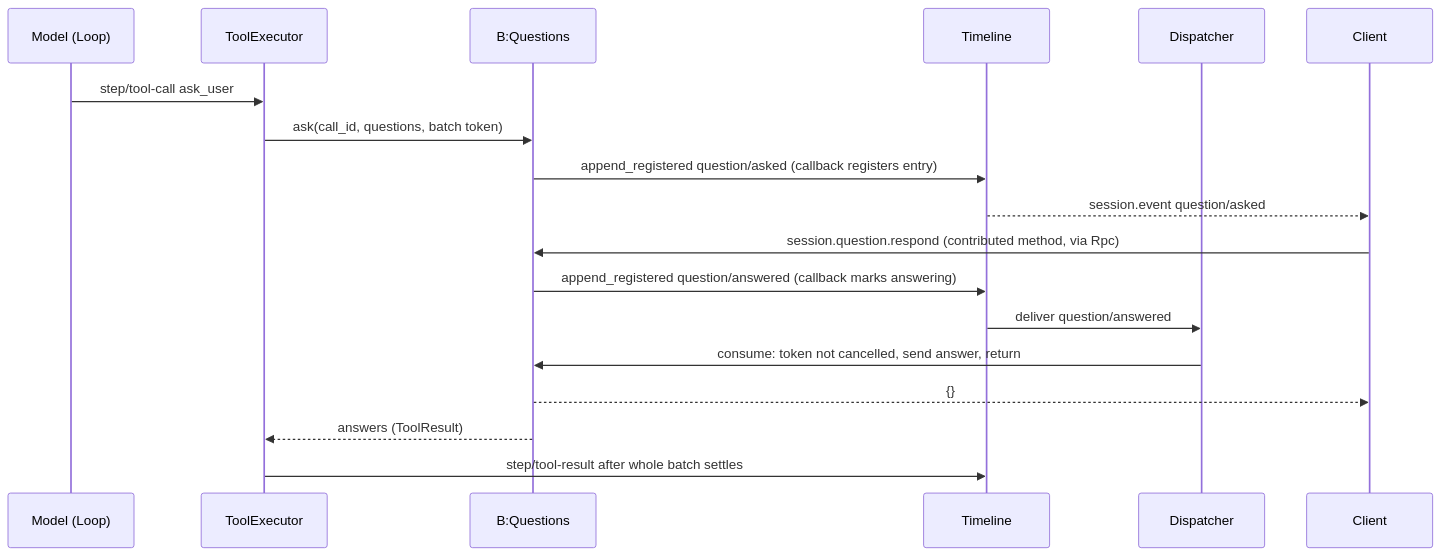
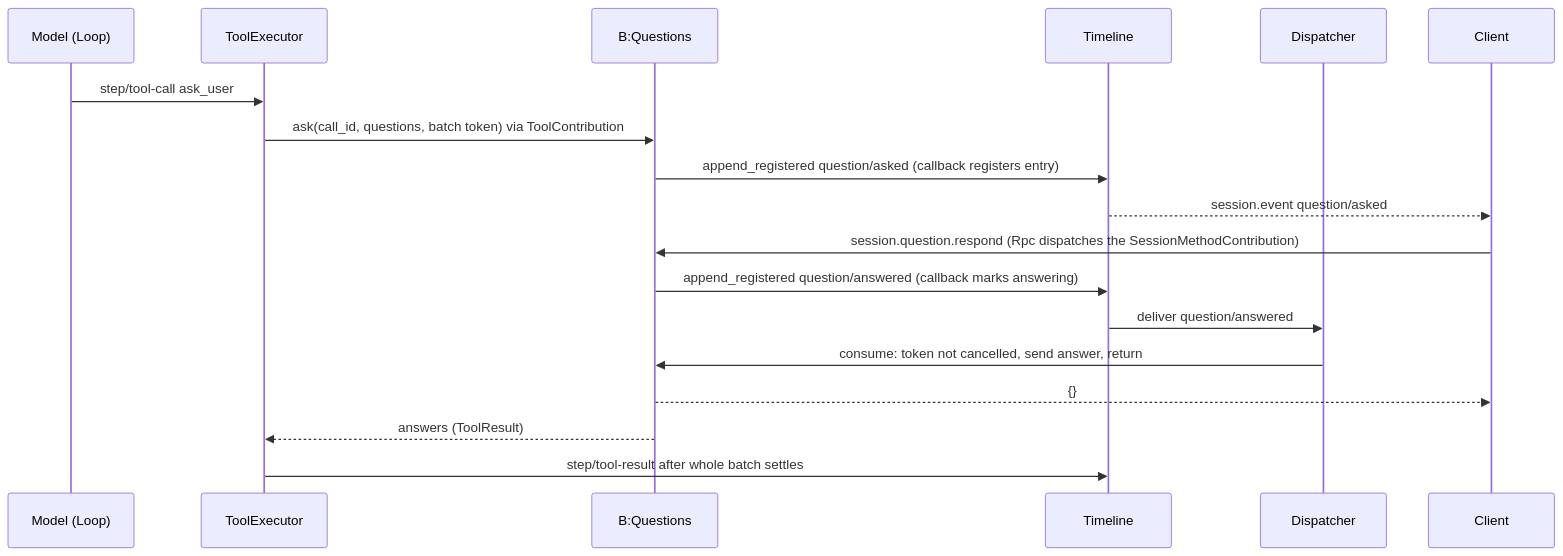
Before and after one commit to CoutinhoTTS/dim-agent: the third of 6 diagrams in docs/design/plugins/Questions.md, drawn with Mermaid. The commit also changed other lines of this file and 3 other files, not shown here.

````diff
--- a/docs/design/plugins/Questions.md
+++ b/docs/design/plugins/Questions.md
@@ -91,20 +90,20 @@
 ```mermaid
 sequenceDiagram
   participant M as Model (Loop)
   participant TE as ToolExecutor
   participant Q as B:Questions
   participant TL as Timeline
   participant D as Dispatcher
   participant C as Client
   M->>TE: step/tool-call ask_user
-  TE->>Q: ask(call_id, questions, batch token)
+  TE->>Q: ask(call_id, questions, batch token) via ToolContribution
   Q->>TL: append_registered question/asked (callback registers entry)
   TL-->>C: session.event question/asked
-  C->>Q: session.question.respond (contributed method, via Rpc)
+  C->>Q: session.question.respond (Rpc dispatches the SessionMethodContribution)
   Q->>TL: append_registered question/answered (callback marks answering)
   TL->>D: deliver question/answered
   D->>Q: consume: token not cancelled, send answer, return
   Q-->>C: {}
   Q-->>TE: answers (ToolResult)
   TE->>TL: step/tool-result after whole batch settles
 ```
````
